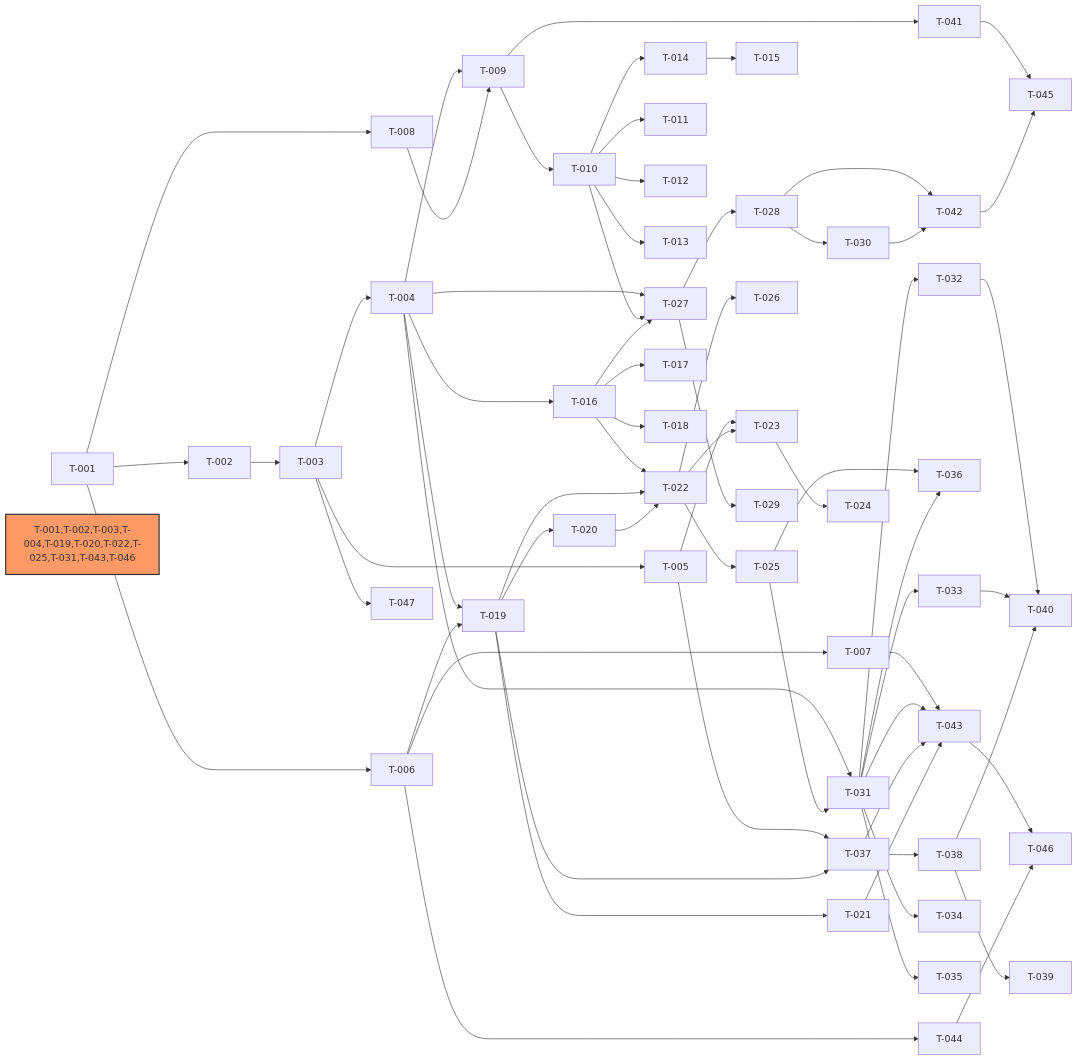
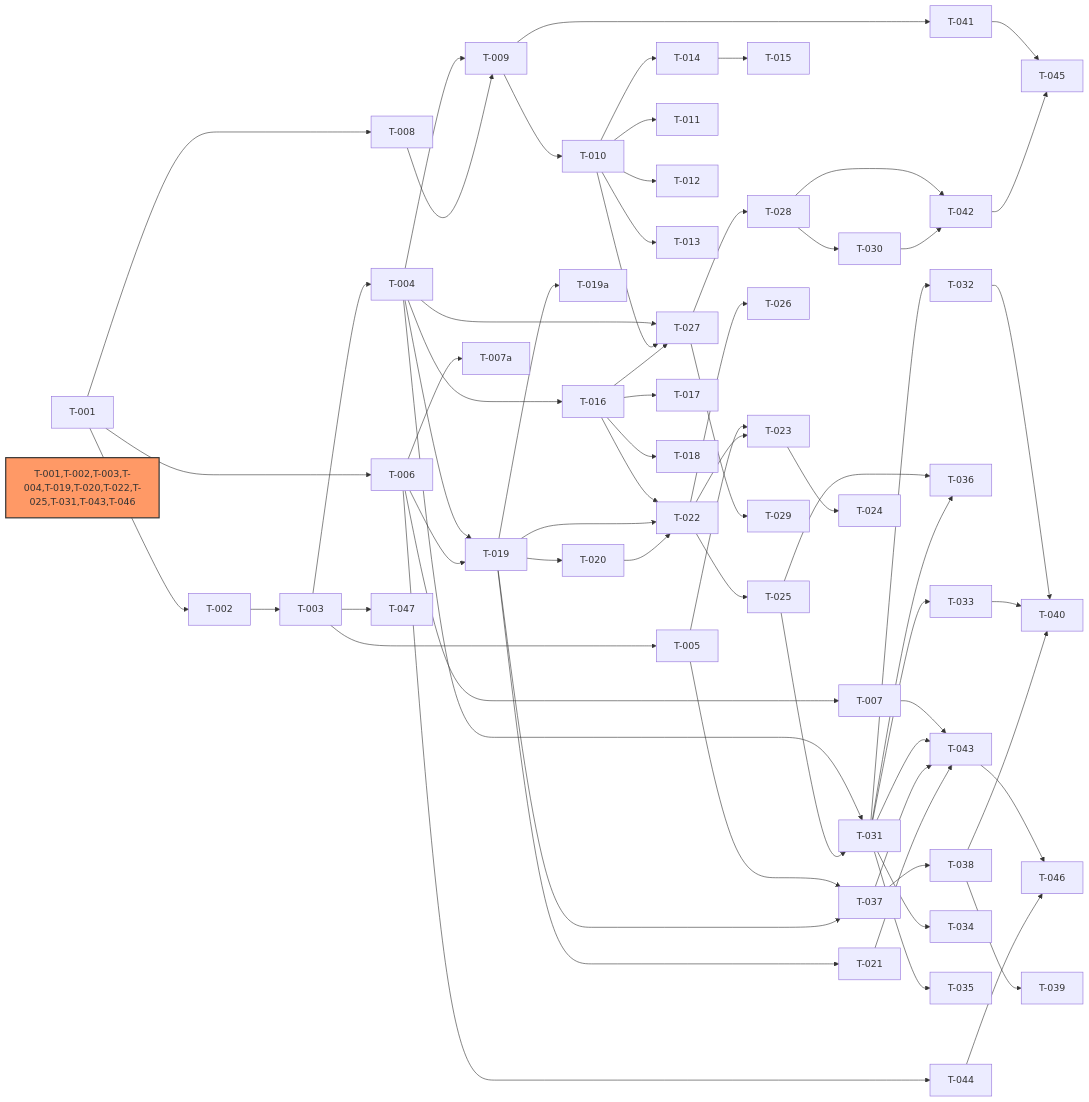
The diagram in docs/dev-plan/dev-plan-intellisource-v1.md (lync-cyber/intelli-source), drawn with Mermaid before and after one commit. The commit also changed other lines of this file and 8 other files, not shown here.

First line of the commit message:
feat: integrate architecture patterns from TrendRadar/RSSHub/NewsNow/OpenCode

````diff
--- a/docs/dev-plan/dev-plan-intellisource-v1.md
+++ b/docs/dev-plan/dev-plan-intellisource-v1.md
@@ -88,68 +96,70 @@
 ```mermaid
 graph LR
     T-001 --> T-002
     T-001 --> T-006
     T-001 --> T-008
     T-002 --> T-003
     T-003 --> T-004
     T-003 --> T-005
     T-003 --> T-047
     T-004 --> T-009
     T-004 --> T-016
     T-004 --> T-019
     T-004 --> T-027
     T-004 --> T-031
     T-005 --> T-023
     T-005 --> T-037
     T-006 --> T-007
+    T-006 --> T-007a
     T-006 --> T-019
     T-006 --> T-044
     T-007 --> T-043
     T-008 --> T-009
     T-009 --> T-010
     T-009 --> T-041
     T-010 --> T-011
     T-010 --> T-012
     T-010 --> T-013
     T-010 --> T-014
     T-010 --> T-027
     T-014 --> T-015
     T-016 --> T-017
     T-016 --> T-018
     T-016 --> T-022
     T-016 --> T-027
+    T-019 --> T-019a
     T-019 --> T-020
     T-019 --> T-021
     T-019 --> T-022
     T-019 --> T-037
     T-020 --> T-022
     T-022 --> T-023
     T-022 --> T-025
     T-022 --> T-026
     T-023 --> T-024
     T-025 --> T-031
     T-025 --> T-036
     T-027 --> T-028
     T-027 --> T-029
     T-028 --> T-030
     T-028 --> T-042
     T-030 --> T-042
     T-031 --> T-032
     T-031 --> T-033
     T-031 --> T-034
     T-031 --> T-035
     T-031 --> T-036
     T-031 --> T-043
     T-032 --> T-040
     T-033 --> T-040
     T-037 --> T-038
     T-037 --> T-043
     T-038 --> T-039
     T-038 --> T-040
     T-021 --> T-043
     T-041 --> T-045
     T-042 --> T-045
     T-043 --> T-046
     T-044 --> T-046
     style T-001,T-002,T-003,T-004,T-019,T-020,T-022,T-025,T-031,T-043,T-046 fill:#f96,stroke:#333,stroke-width:2px
 ```
````
